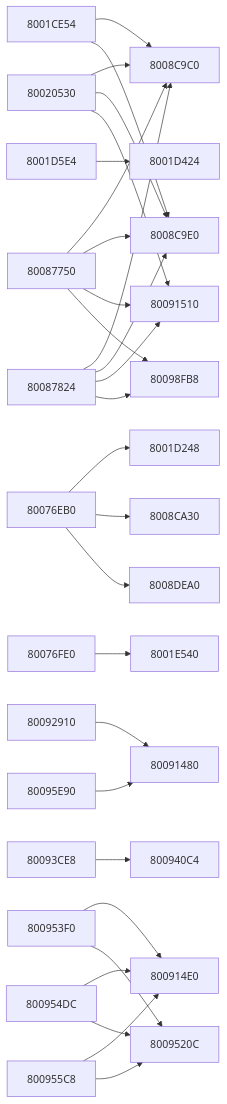
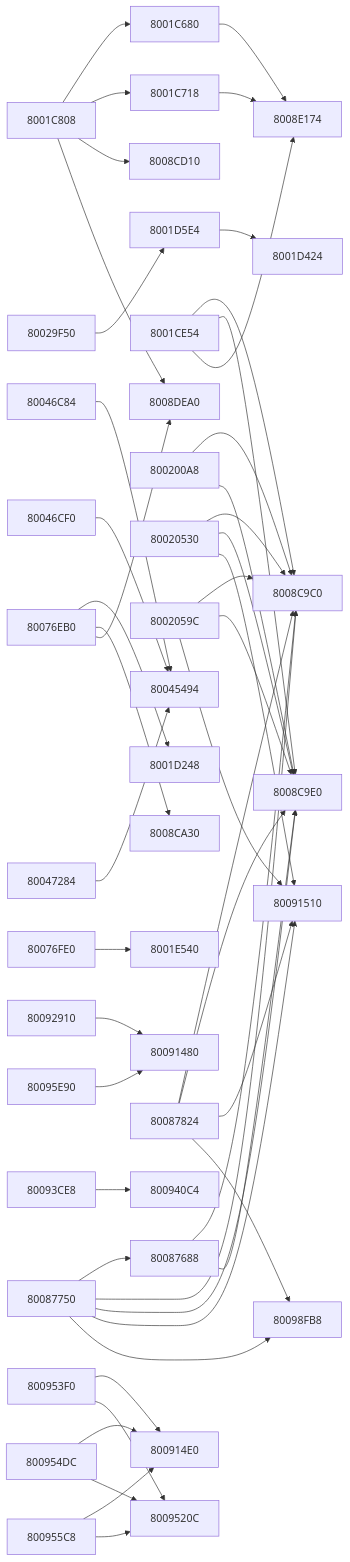
One commit to kai-luni/Future-Cop-L.A.P.D-PS1 changed the ninth of 11 diagrams in docs/FUNCTION_MAP.md. Above: the diagram before and after it, drawn with Mermaid. The commit also changed other lines of this file, not shown here.

````diff
--- a/docs/FUNCTION_MAP.md
+++ b/docs/FUNCTION_MAP.md
@@ -1520,15 +1785,34 @@
 ```mermaid
 graph LR
+    f8001c680 --> f8008e174
+    f8001c718 --> f8008e174
+    f8001c808 --> f8001c680
+    f8001c808 --> f8001c718
+    f8001c808 --> f8008cd10
+    f8001c808 --> f8008dea0
     f8001ce54 --> f8008c9c0
     f8001ce54 --> f8008c9e0
+    f8001ce54 --> f8008e174
     f8001d5e4 --> f8001d424
+    f800200a8 --> f8008c9c0
+    f800200a8 --> f8008c9e0
     f80020530 --> f8008c9c0
     f80020530 --> f8008c9e0
     f80020530 --> f80091510
+    f8002059c --> f8008c9c0
+    f8002059c --> f8008c9e0
+    f8002059c --> f80091510
+    f80029f50 --> f8001d5e4
+    f80046c84 --> f80045494
+    f80046cf0 --> f80045494
+    f80047284 --> f80045494
     f80076eb0 --> f8001d248
     f80076eb0 --> f8008ca30
     f80076eb0 --> f8008dea0
     f80076fe0 --> f8001e540
+    f80087688 --> f8008c9c0
+    f80087688 --> f8008c9e0
+    f80087750 --> f80087688
     f80087750 --> f8008c9c0
     f80087750 --> f8008c9e0
     f80087750 --> f80091510
@@ -1546,20 +1830,33 @@
     f800955c8 --> f800914e0
     f800955c8 --> f8009520c
     f80095e90 --> f80091480
+    f8001c680["8001C680"]
+    f8001c718["8001C718"]
+    f8001c808["8001C808"]
     f8001ce54["8001CE54"]
     f8001d248["8001D248"]
     f8001d424["8001D424"]
     f8001d5e4["8001D5E4"]
     f8001e540["8001E540"]
+    f800200a8["800200A8"]
     f80020530["80020530"]
+    f8002059c["8002059C"]
+    f80029f50["80029F50"]
+    f80045494["80045494"]
+    f80046c84["80046C84"]
+    f80046cf0["80046CF0"]
+    f80047284["80047284"]
     f80076eb0["80076EB0"]
     f80076fe0["80076FE0"]
+    f80087688["80087688"]
     f80087750["80087750"]
     f80087824["80087824"]
     f8008c9c0["8008C9C0"]
     f8008c9e0["8008C9E0"]
     f8008ca30["8008CA30"]
+    f8008cd10["8008CD10"]
     f8008dea0["8008DEA0"]
+    f8008e174["8008E174"]
     f80091480["80091480"]
     f800914e0["800914E0"]
     f80091510["80091510"]
````
